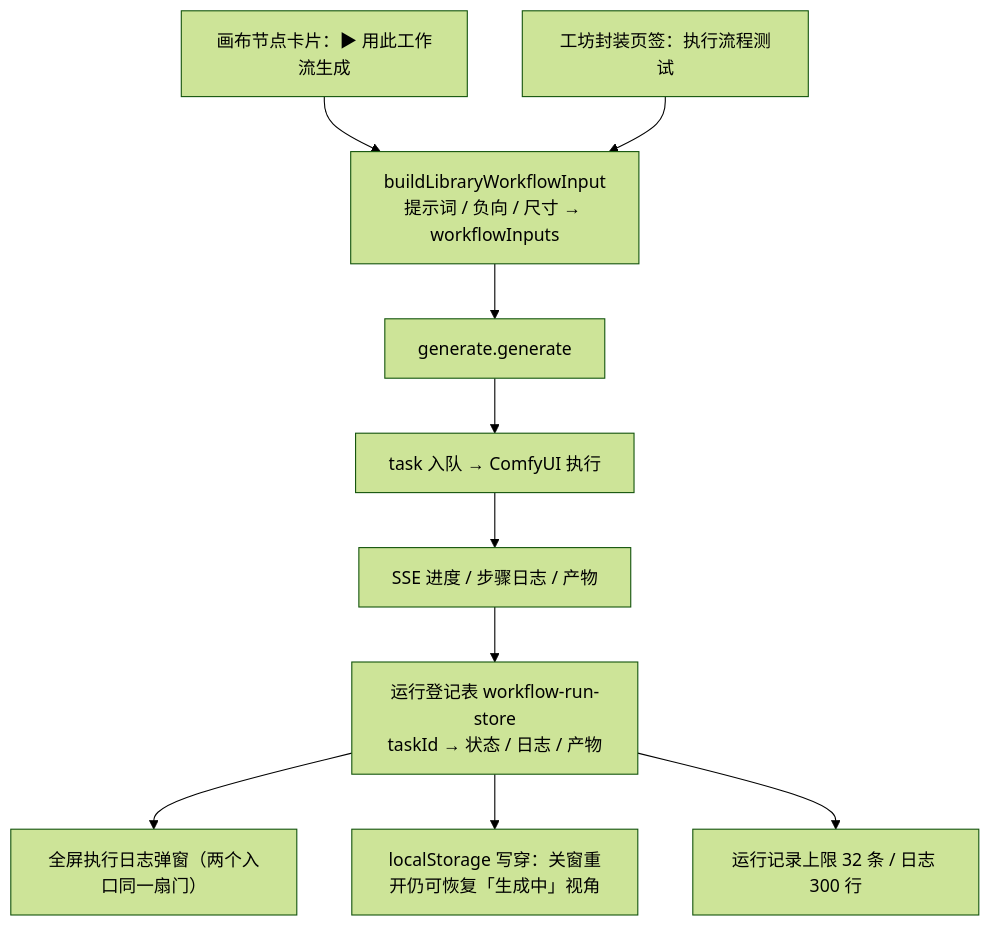
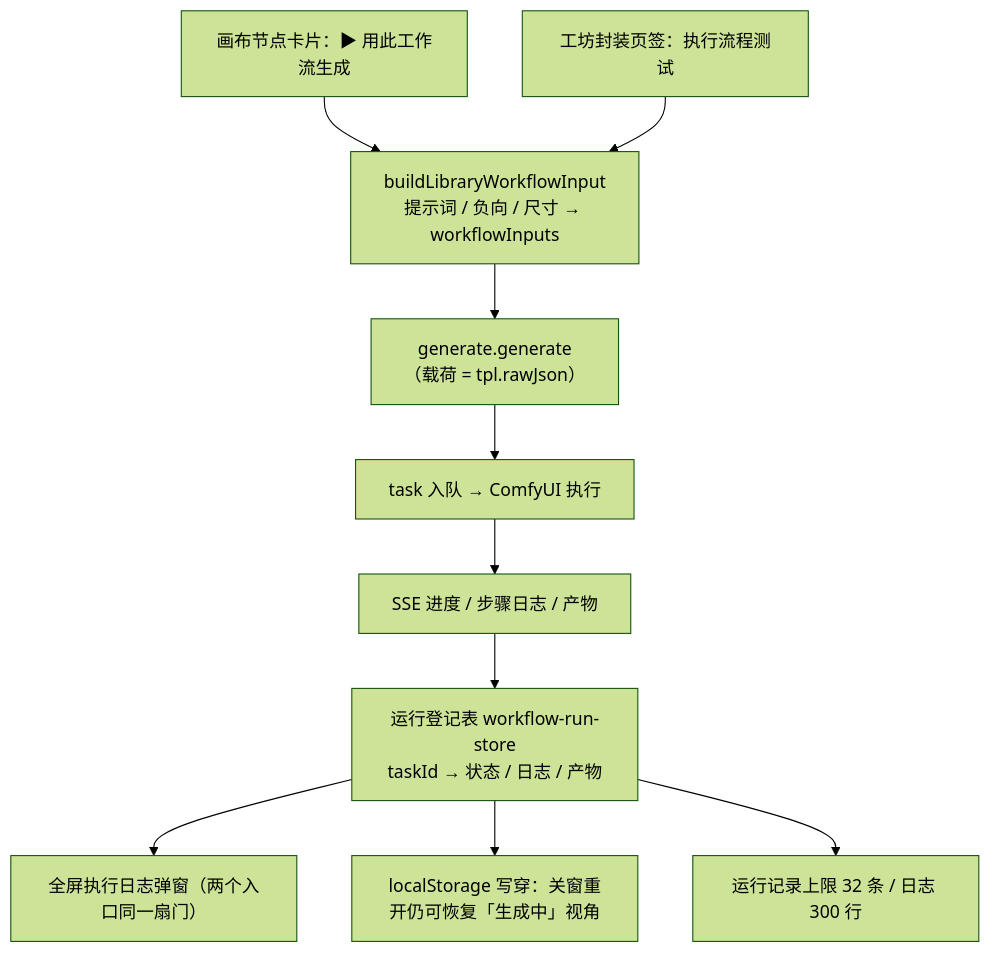
The seventh of 8 diagrams in docs/guides/feature-workflow-library-flow.md (wuxianyuedu/comfy-app), drawn with Mermaid (forest theme) before and after one commit. The commit also changed other lines of this file and 47 other files, not shown here.

First line of the commit message:
refactor(workflow): 下线 API JSON 支持，只认 ComfyUI 原始工作流格式 (#715)

````diff
--- a/docs/guides/feature-workflow-library-flow.md
+++ b/docs/guides/feature-workflow-library-flow.md
@@ -225,12 +220,12 @@
 ```mermaid
 flowchart TD
   E1["画布节点卡片：▶ 用此工作流生成"] --> BUILD
   E2["工坊封装页签：执行流程测试"] --> BUILD
-  BUILD["buildLibraryWorkflowInput<br/>提示词 / 负向 / 尺寸 → workflowInputs"] --> GEN["generate.generate"]
+  BUILD["buildLibraryWorkflowInput<br/>提示词 / 负向 / 尺寸 → workflowInputs"] --> GEN["generate.generate<br/>（载荷 = tpl.rawJson）"]
   GEN --> TASK["task 入队 → ComfyUI 执行"]
   TASK --> SSE["SSE 进度 / 步骤日志 / 产物"]
   SSE --> REG["运行登记表 workflow-run-store<br/>taskId → 状态 / 日志 / 产物"]
   REG --> MODAL["全屏执行日志弹窗（两个入口同一扇门）"]
   REG --> LS["localStorage 写穿：关窗重开仍可恢复「生成中」视角"]
   REG --> R3["运行记录上限 32 条 / 日志 300 行"]
 ```
````
